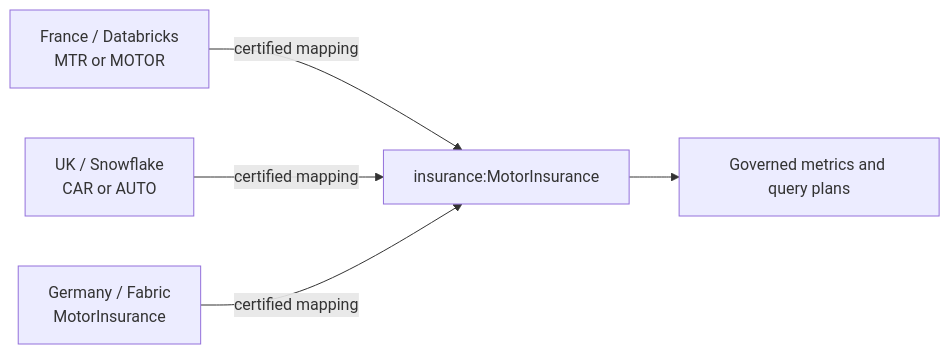
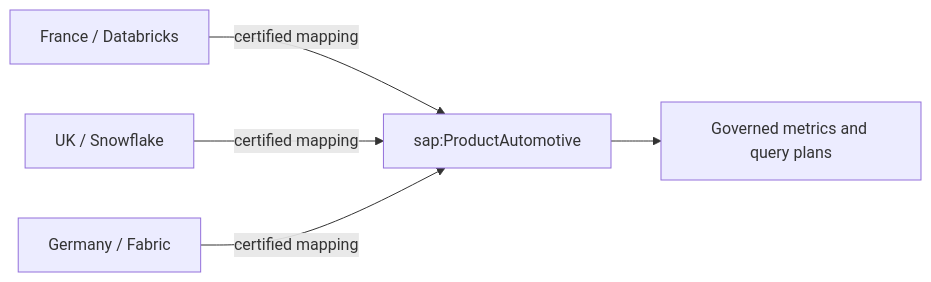
Before and after one commit to Sugumaran-Balasubramaniyan/enterprise-agentic-semantic-layer: the diagram in docs/federated-semantics.md, drawn with Mermaid. The commit also changed other lines of this file and 88 other files, not shown here.

````diff
--- a/docs/federated-semantics.md
+++ b/docs/federated-semantics.md
@@ -25,7 +25,7 @@
 ```mermaid
 flowchart LR
-    FR[France / Databricks<br/>MTR or MOTOR] -->|certified mapping| C[insurance:MotorInsurance]
-    UK[UK / Snowflake<br/>CAR or AUTO] -->|certified mapping| C
-    DE[Germany / Fabric<br/>MotorInsurance] -->|certified mapping| C
+    FR[France / Databricks] -->|certified mapping| C[sap:ProductAutomotive]
+    UK[UK / Snowflake] -->|certified mapping| C
+    DE[Germany / Fabric] -->|certified mapping| C
     C --> M[Governed metrics and query plans]
 ```
````
